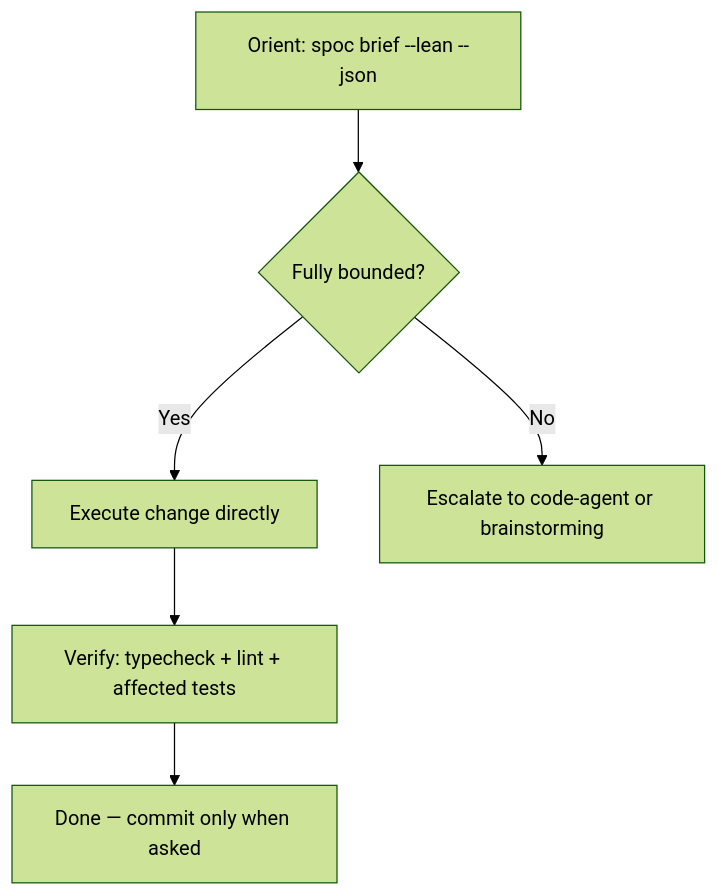
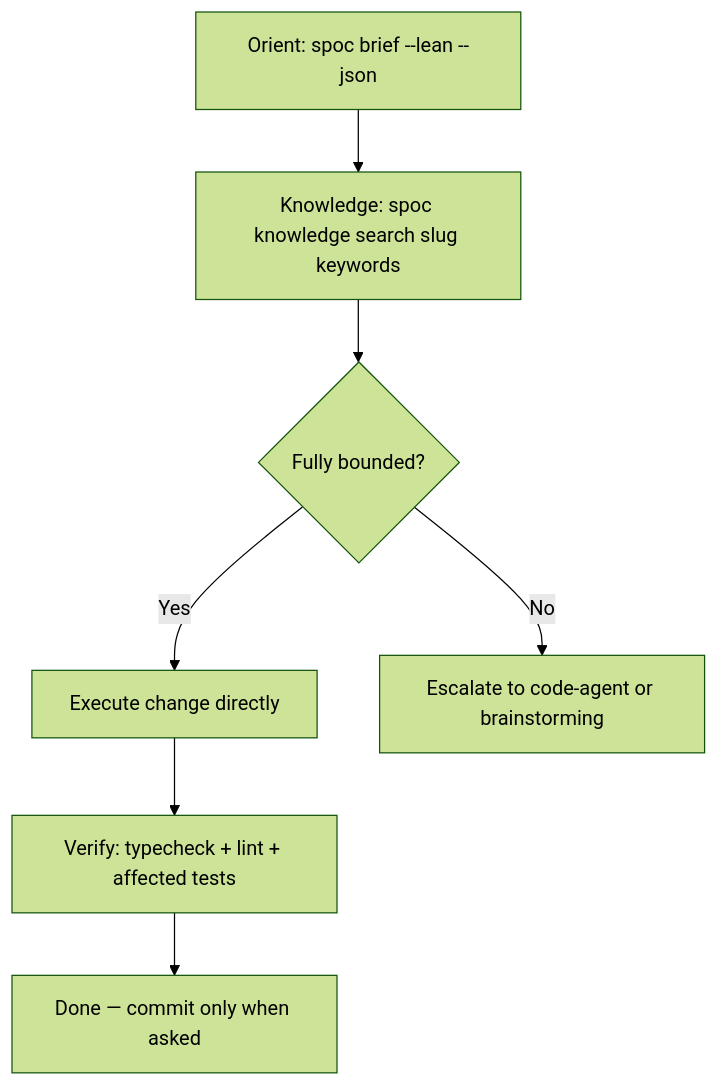
One commit to rryando/SPOC changed the diagram in opencode/spoc/skills/quick-dev/SKILL.md. Above: the diagram before and after it, drawn with Mermaid (forest theme). The commit also changed other lines of this file and 28 other files, not shown here.

````diff
--- a/opencode/spoc/skills/quick-dev/SKILL.md
+++ b/opencode/spoc/skills/quick-dev/SKILL.md
@@ -14,8 +14,9 @@
 ```mermaid
 flowchart TD
-    A[Orient: spoc brief --lean --json] --> B{Fully bounded?}
+    A[Orient: spoc brief --lean --json] --> K[Knowledge: spoc knowledge search slug keywords]
+    K --> B{Fully bounded?}
     B -->|Yes| C[Execute change directly]
     B -->|No| D[Escalate to code-agent or brainstorming]
     C --> E[Verify: typecheck + lint + affected tests]
     E --> F[Done — commit only when asked]
 ```
````
